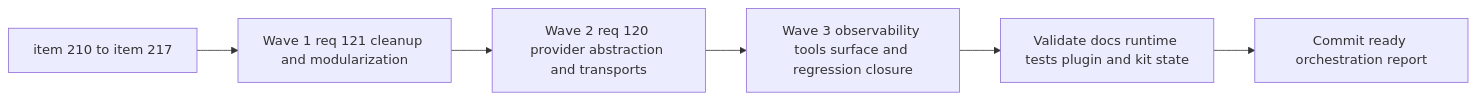
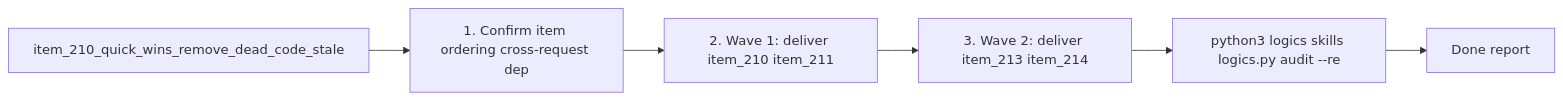
The diagram in logics/tasks/task_110_orchestration_delivery_for_req_120_and_req_121_multi_provider_hybrid_dispatch_and_audit_cleanup.md (AlexAgo83/logics-manager), drawn with Mermaid before and after one commit. The commit also changed other lines of this file and 481 other files, not shown here.

````diff
--- a/logics/tasks/task_110_orchestration_delivery_for_req_120_and_req_121_multi_provider_hybrid_dispatch_and_audit_cleanup.md
+++ b/logics/tasks/task_110_orchestration_delivery_for_req_120_and_req_121_multi_provider_hybrid_dispatch_and_audit_cleanup.md
@@ -53,10 +53,10 @@
 ```mermaid
 %% logics-kind: task
 %% logics-signature: task|orchestration-delivery-for-req-120-and-r|item-210-quick-wins-remove-dead-code-sta|1-confirm-item-ordering-cross-request-de|python3-logics-skills-logics-py-audit-re
 flowchart LR
-    Start[item 210 to item 217] --> Wave1[Wave 1 req 121 cleanup and modularization]
-    Wave1 --> Wave2[Wave 2 req 120 provider abstraction and transports]
-    Wave2 --> Wave3[Wave 3 observability tools surface and regression closure]
-    Wave3 --> Validate[Validate docs runtime tests plugin and kit state]
-    Validate --> Report[Commit ready orchestration report]
+    Backlog[item_210_quick_wins_remove_dead_code_stale] --> Step1[1. Confirm item ordering cross-request dep]
+    Step1 --> Step2[2. Wave 1: deliver item_210 item_211]
+    Step2 --> Step3[3. Wave 2: deliver item_213 item_214]
+    Step3 --> Validation[python3 logics skills logics.py audit --re]
+    Validation --> Report[Done report]
 ```
````
